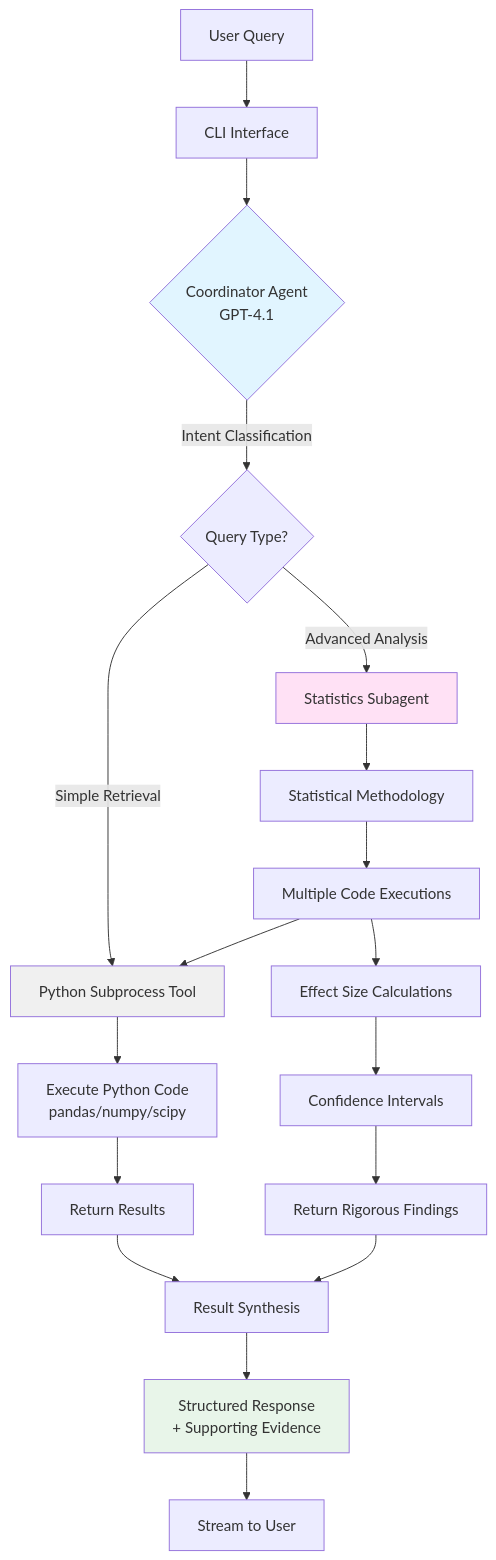
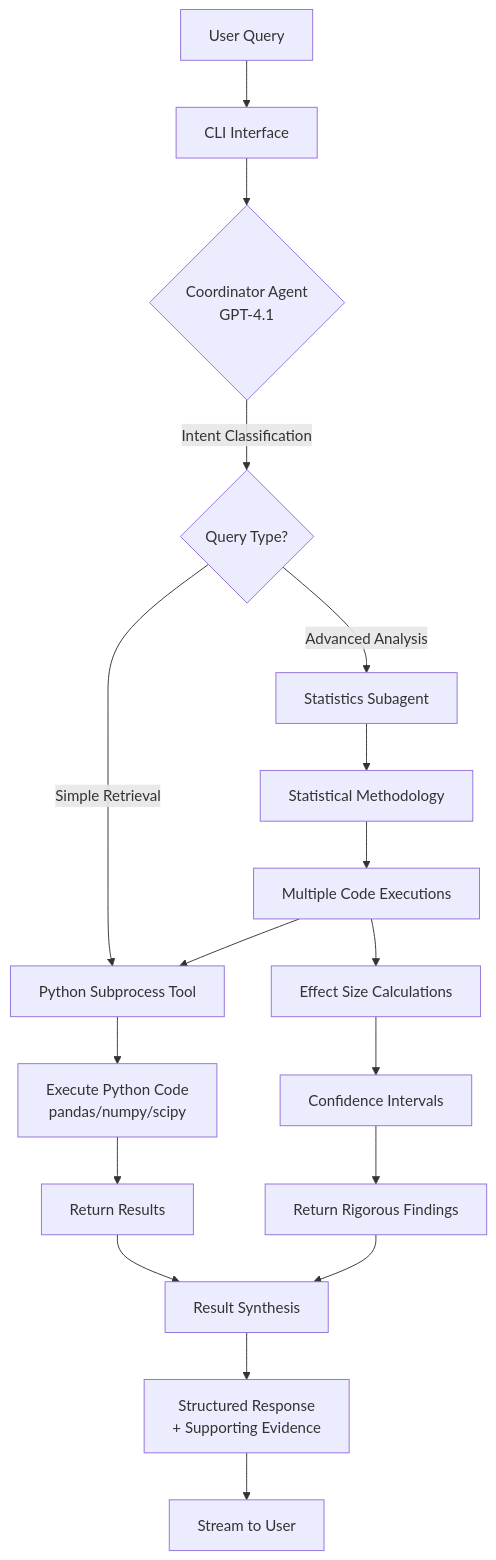
Before and after one commit to samon11/synmax-agent: the first of 3 diagrams in README.md, drawn with Mermaid. The commit also changed other lines of this file, not shown here.

````diff
--- a/README.md
+++ b/README.md
@@ -174,29 +175,24 @@
 ```mermaid
 flowchart TD
     A[User Query] --> B[CLI Interface]
     B --> C{Coordinator Agent<br/>GPT-4.1}
 
     C -->|Intent Classification| D{Query Type?}
 
     D -->|Simple Retrieval| E[Python Subprocess Tool]
     E --> F[Execute Python Code<br/>pandas/numpy/scipy]
     F --> G[Return Results]
 
     D -->|Advanced Analysis| H[Statistics Subagent]
     H --> I[Statistical Methodology]
     I --> J[Multiple Code Executions]
     J --> E
     J --> K[Effect Size Calculations]
     K --> L[Confidence Intervals]
     L --> M[Return Rigorous Findings]
 
     G --> N[Result Synthesis]
     M --> N
     N --> O[Structured Response<br/>+ Supporting Evidence]
     O --> P[Stream to User]
-
-    style C fill:#e1f5ff
-    style H fill:#ffe1f5
-    style E fill:#f0f0f0
-    style O fill:#e8f5e9
 ```
````
